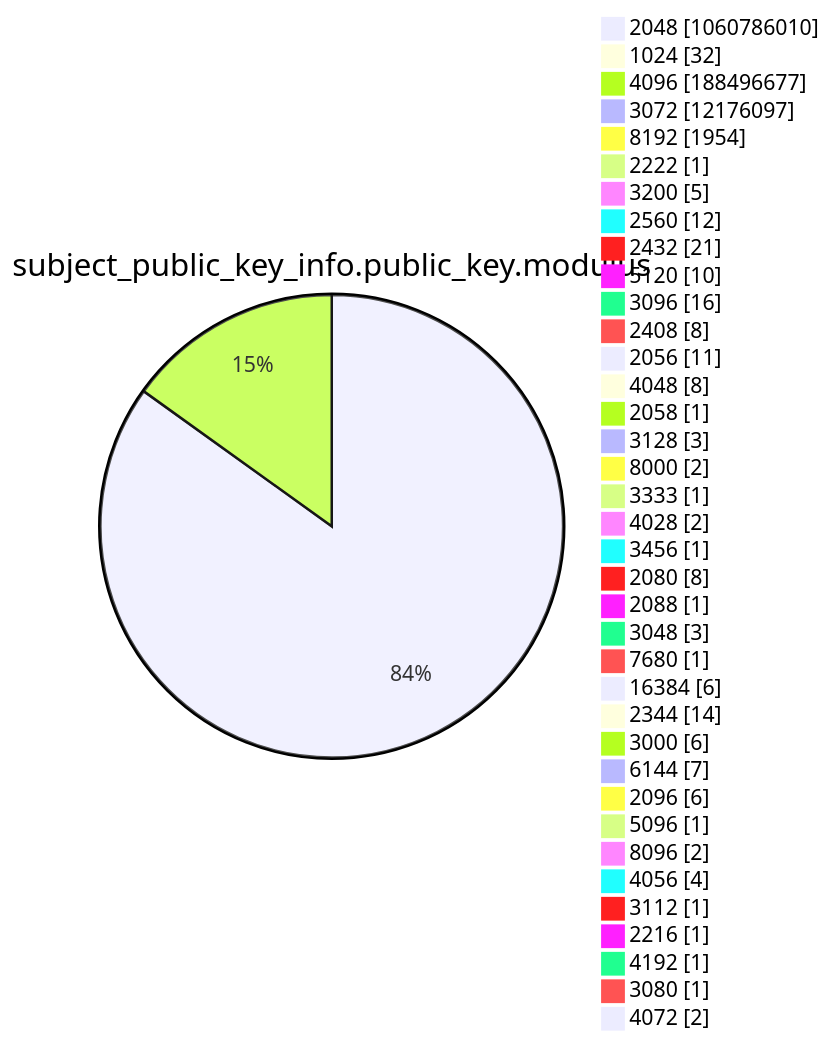
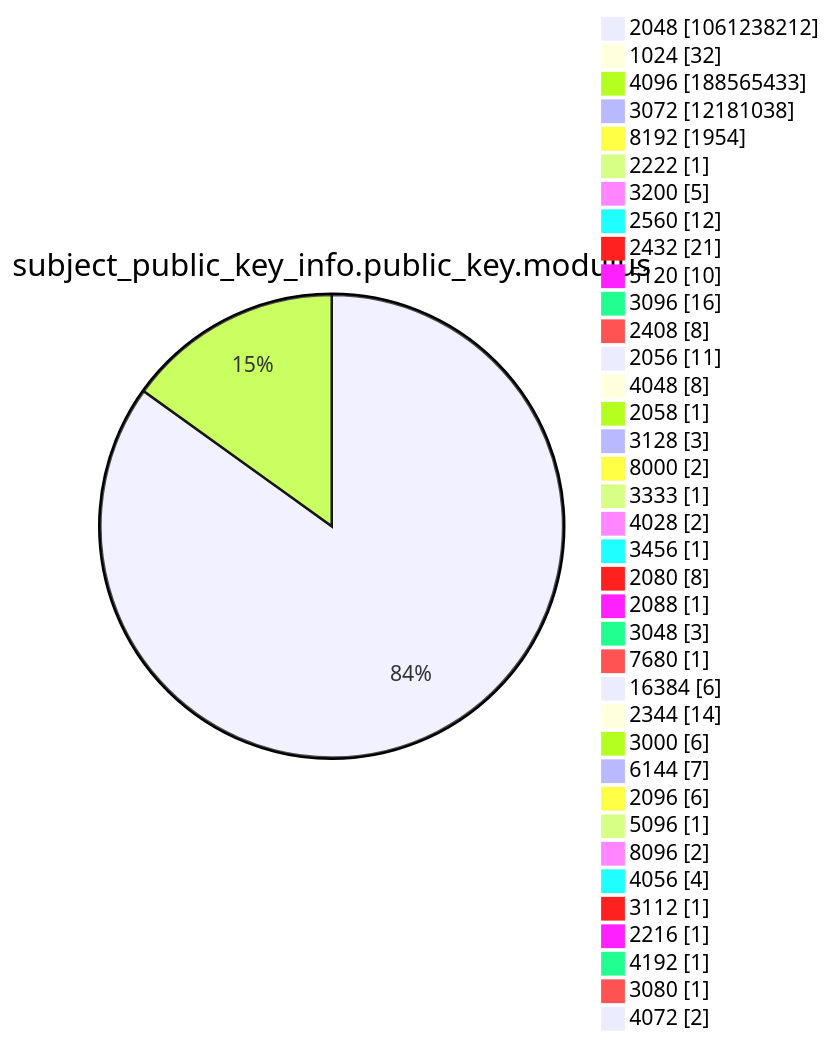
One commit to christiankrug/ctmonitor_visualization changed diagram 13 of 15 in argon2022/README.md. Above: the diagram before and after it, drawn with Mermaid. The commit also changed other lines of this file, not shown here.

````diff
--- a/argon2022/README.md
+++ b/argon2022/README.md
@@ -3589,41 +3589,41 @@
 ```mermaid
 pie showData
 title subject_public_key_info.public_key.modulus
-"2048" :1060786010
+"2048" :1061238212
 "1024" :32
-"4096" :188496677
-"3072" :12176097
+"4096" :188565433
+"3072" :12181038
 "8192" :1954
 "2222" :1
 "3200" :5
 "2560" :12
 "2432" :21
 "5120" :10
 "3096" :16
 "2408" :8
 "2056" :11
 "4048" :8
 "2058" :1
 "3128" :3
 "8000" :2
 "3333" :1
 "4028" :2
 "3456" :1
 "2080" :8
 "2088" :1
 "3048" :3
 "7680" :1
 "16384" :6
 "2344" :14
 "3000" :6
 "6144" :7
 "2096" :6
 "5096" :1
 "8096" :2
 "4056" :4
 "3112" :1
 "2216" :1
 "4192" :1
 "3080" :1
 "4072" :2
 ```
````
